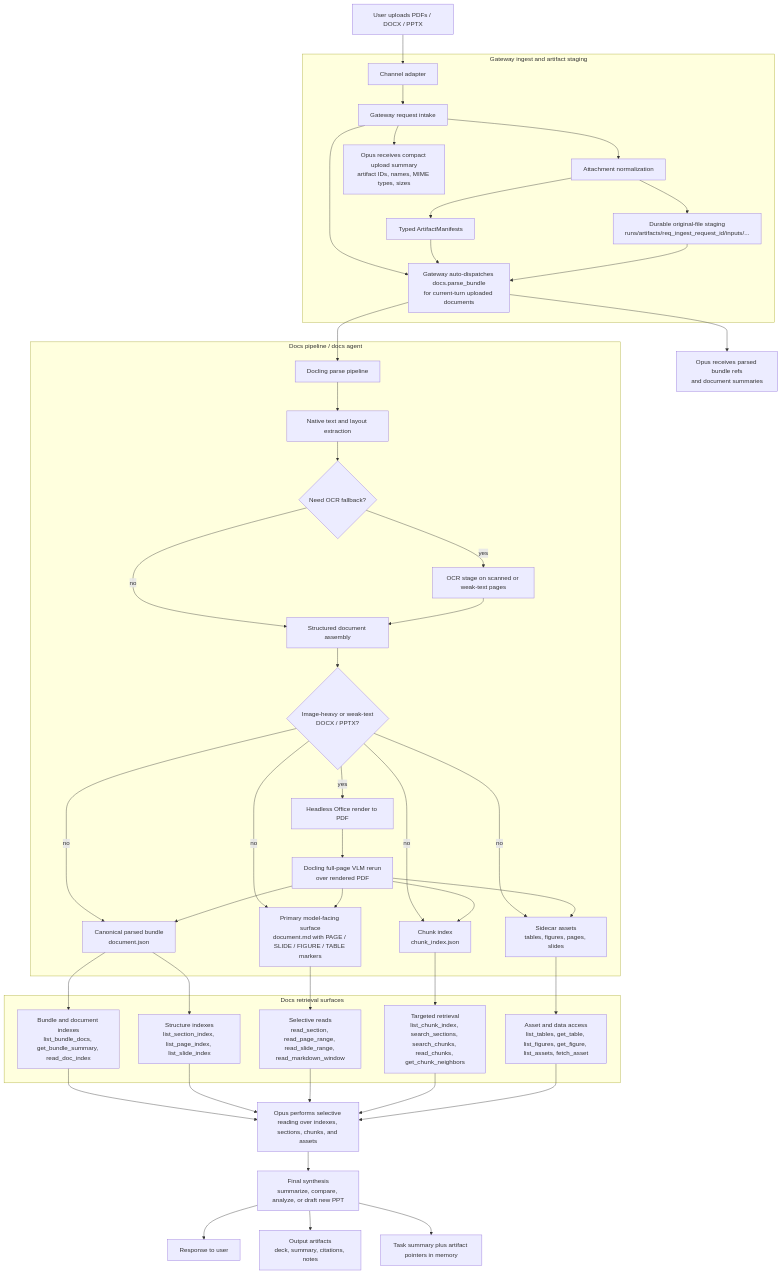
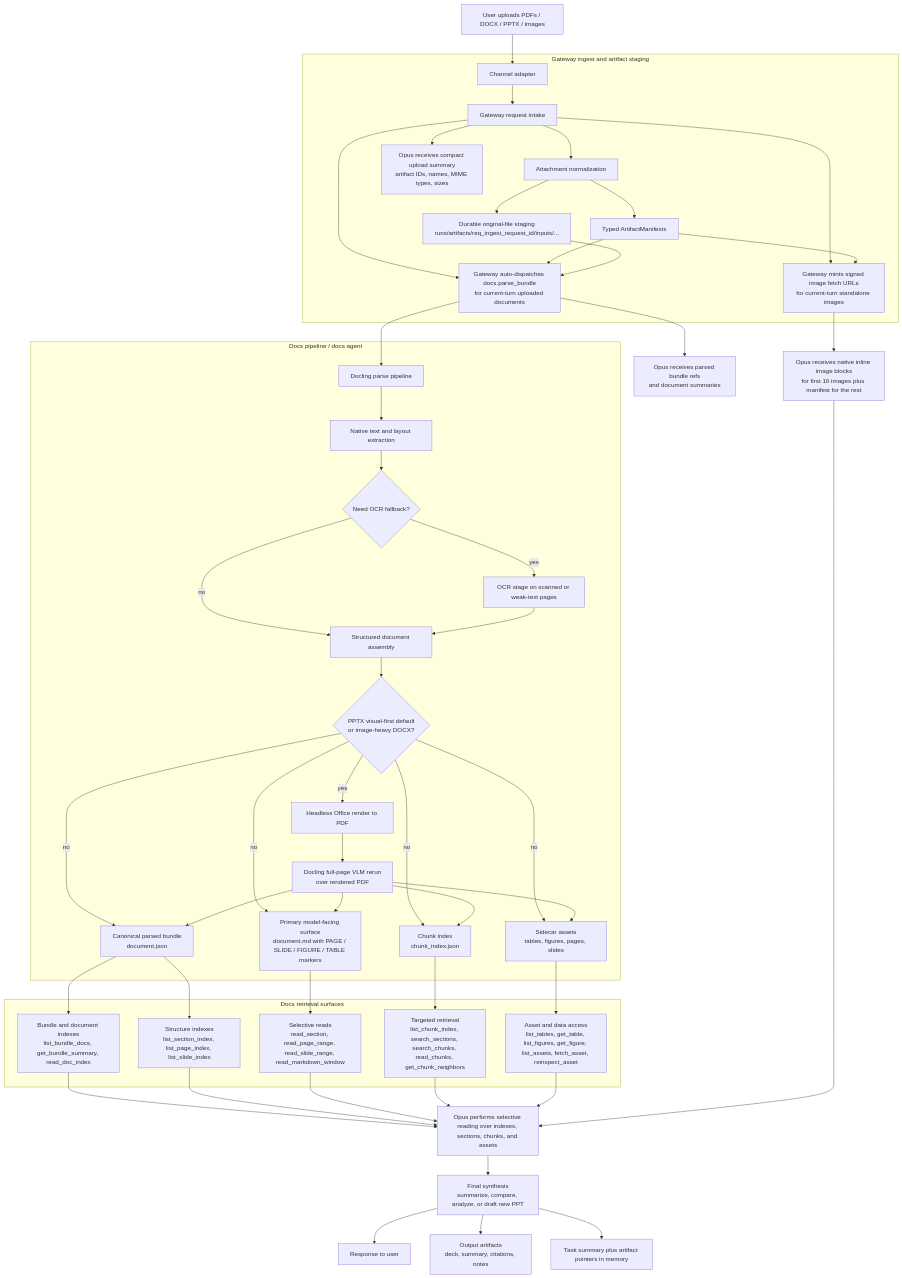
One commit to uspraveen/Cosmic-OS changed the first of 3 diagrams in Backend/COSMIC_MULTIMODAL_DOCUMENT_PIPELINE_PLAN.md. Above: the diagram before and after it, drawn with Mermaid. The commit also changed other lines of this file and 31 other files, not shown here.

````diff
--- a/Backend/COSMIC_MULTIMODAL_DOCUMENT_PIPELINE_PLAN.md
+++ b/Backend/COSMIC_MULTIMODAL_DOCUMENT_PIPELINE_PLAN.md
@@ -90,57 +121,61 @@
 ```mermaid
 flowchart TD
-    U[User uploads PDFs / DOCX / PPTX] --> C[Channel adapter]
+    U[User uploads PDFs / DOCX / PPTX / images] --> C[Channel adapter]
 
     subgraph GatewayIngress["Gateway ingest and artifact staging"]
         C --> G[Gateway request intake]
         G --> N[Attachment normalization]
         N --> M[Typed ArtifactManifests]
         N --> S[Durable original-file staging<br/>runs/artifacts/req_ingest_request_id/inputs/...]
         G --> D[Gateway auto-dispatches docs.parse_bundle<br/>for current-turn uploaded documents]
+        G --> I[Gateway mints signed image fetch URLs<br/>for current-turn standalone images]
         G --> O1[Opus receives compact upload summary<br/>artifact IDs, names, MIME types, sizes]
     end
 
     M --> D
     S --> D
+    M --> I
 
     subgraph DocsPipeline["Docs pipeline / docs agent"]
         D --> P[Docling parse pipeline]
         P --> E[Native text and layout extraction]
         E --> F{Need OCR fallback?}
         F -->|yes| OCR[OCR stage on scanned or weak-text pages]
         F -->|no| A1[Structured document assembly]
         OCR --> A1
-        A1 --> Q{Image-heavy or weak-text<br/>DOCX / PPTX?}
+        A1 --> Q{PPTX visual-first default<br/>or image-heavy DOCX?}
         Q -->|yes| RENDER[Headless Office render to PDF]
         RENDER --> VLM[Docling full-page VLM rerun<br/>over rendered PDF]
         Q -->|no| J[Canonical parsed bundle<br/>document.json]
         Q -->|no| K[Primary model-facing surface<br/>document.md with PAGE / SLIDE / FIGURE / TABLE markers]
         Q -->|no| L[Chunk index<br/>chunk_index.json]
         Q -->|no| A2[Sidecar assets<br/>tables, figures, pages, slides]
         VLM --> J
         VLM --> K
         VLM --> L
         VLM --> A2
     end
 
+    I --> OI[Opus receives native inline image blocks<br/>for first 10 images plus manifest for the rest]
     D --> O2[Opus receives parsed bundle refs<br/>and document summaries]
 
     subgraph Retrieval["Docs retrieval surfaces"]
         J --> R0[Bundle and document indexes<br/>list_bundle_docs, get_bundle_summary, read_doc_index]
         J --> R1[Structure indexes<br/>list_section_index, list_page_index, list_slide_index]
         K --> R2[Selective reads<br/>read_section, read_page_range, read_slide_range, read_markdown_window]
         L --> R3[Targeted retrieval<br/>list_chunk_index, search_sections, search_chunks, read_chunks, get_chunk_neighbors]
-        A2 --> R4[Asset and data access<br/>list_tables, get_table, list_figures, get_figure, list_assets, fetch_asset]
+        A2 --> R4[Asset and data access<br/>list_tables, get_table, list_figures, get_figure, list_assets, fetch_asset, reinspect_asset]
     end
 
     R0 --> O3[Opus performs selective reading over indexes, sections, chunks, and assets]
     R1 --> O3
     R2 --> O3
     R3 --> O3
     R4 --> O3
+    OI --> O3
 
     O3 --> X[Final synthesis<br/>summarize, compare, analyze, or draft new PPT]
     X --> Y[Response to user]
     X --> Z[Output artifacts<br/>deck, summary, citations, notes]
     X --> W[Task summary plus artifact pointers in memory]
 ```
````
